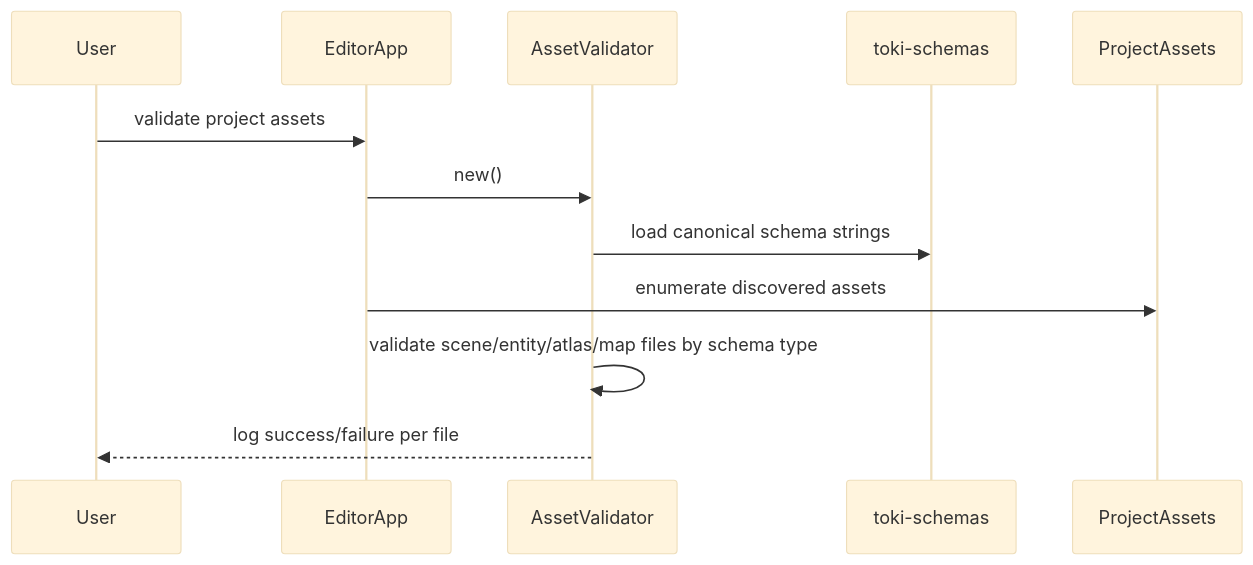
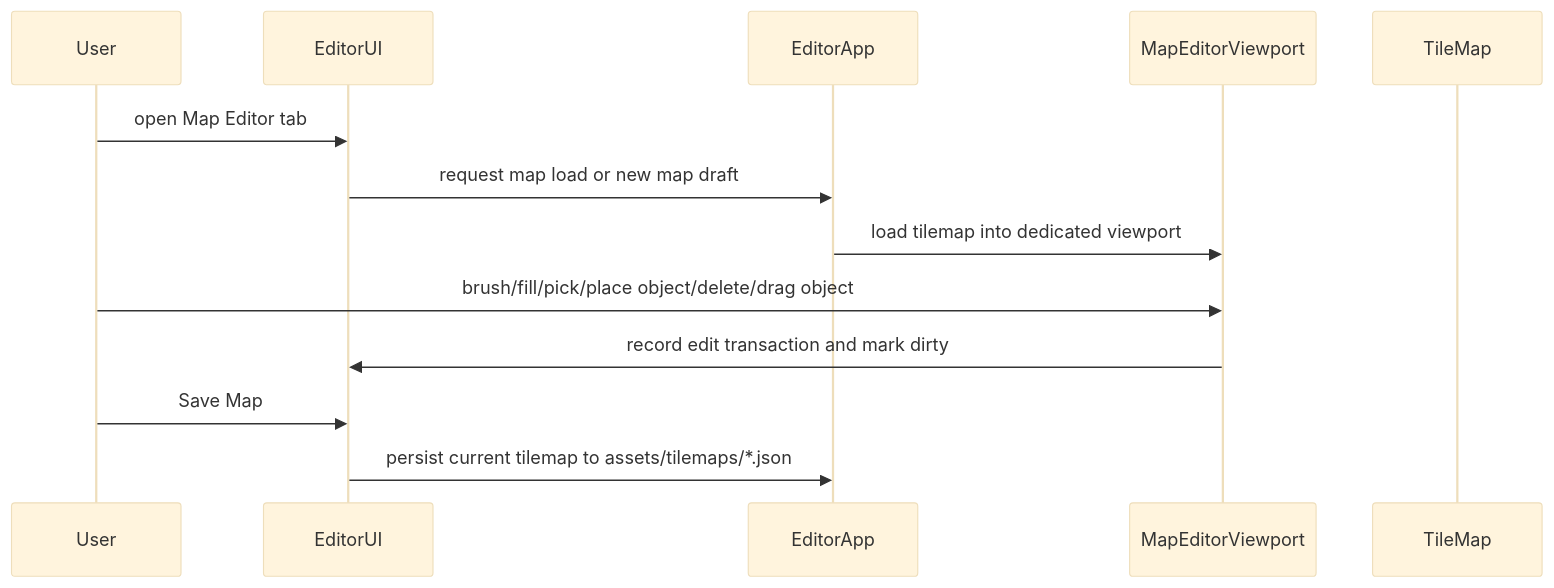
The tenth of 10 diagrams in docs/SDD_SAD.md (daredem0/ToKi), drawn with Mermaid (base theme) before and after one commit. The commit also changed other lines of this file and 1 other file, not shown here.

````diff
--- a/docs/SDD_SAD.md
+++ b/docs/SDD_SAD.md
@@ -557,15 +510,16 @@
 ```mermaid
 sequenceDiagram
     participant U as User
+    participant UI as EditorUI
     participant EA as EditorApp
-    participant AV as AssetValidator
-    participant TS as toki-schemas
-    participant PA as ProjectAssets
+    participant MV as MapEditorViewport
+    participant TM as TileMap
 
-    U->>EA: validate project assets
-    EA->>AV: new()
-    AV->>TS: load canonical schema strings
-    EA->>PA: enumerate discovered assets
-    AV->>AV: validate scene/entity/atlas/map files by schema type
-    AV-->>U: log success/failure per file
+    U->>UI: open Map Editor tab
+    UI->>EA: request map load or new map draft
+    EA->>MV: load tilemap into dedicated viewport
+    U->>MV: brush/fill/pick/place object/delete/drag object
+    MV->>UI: record edit transaction and mark dirty
+    U->>UI: Save Map
+    UI->>EA: persist current tilemap to assets/tilemaps/*.json
 ```
````
